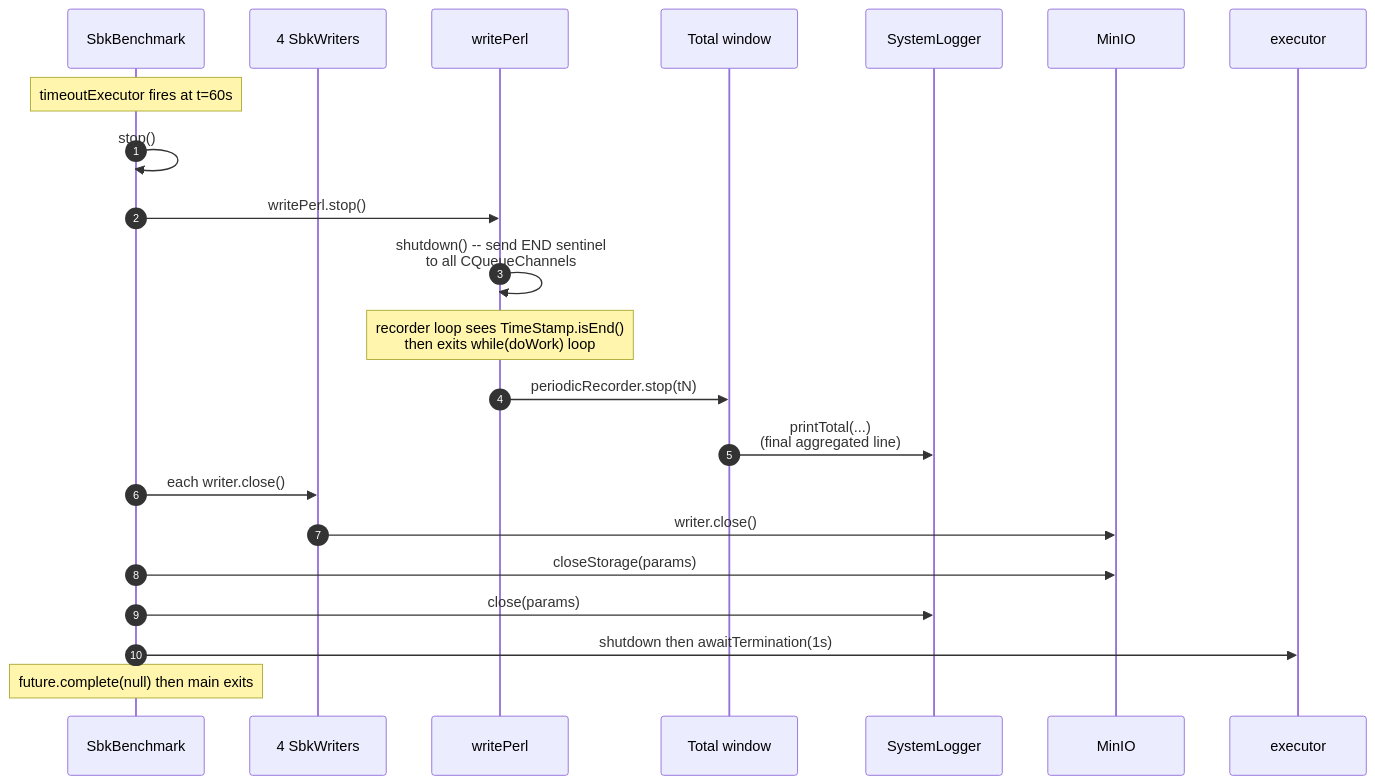
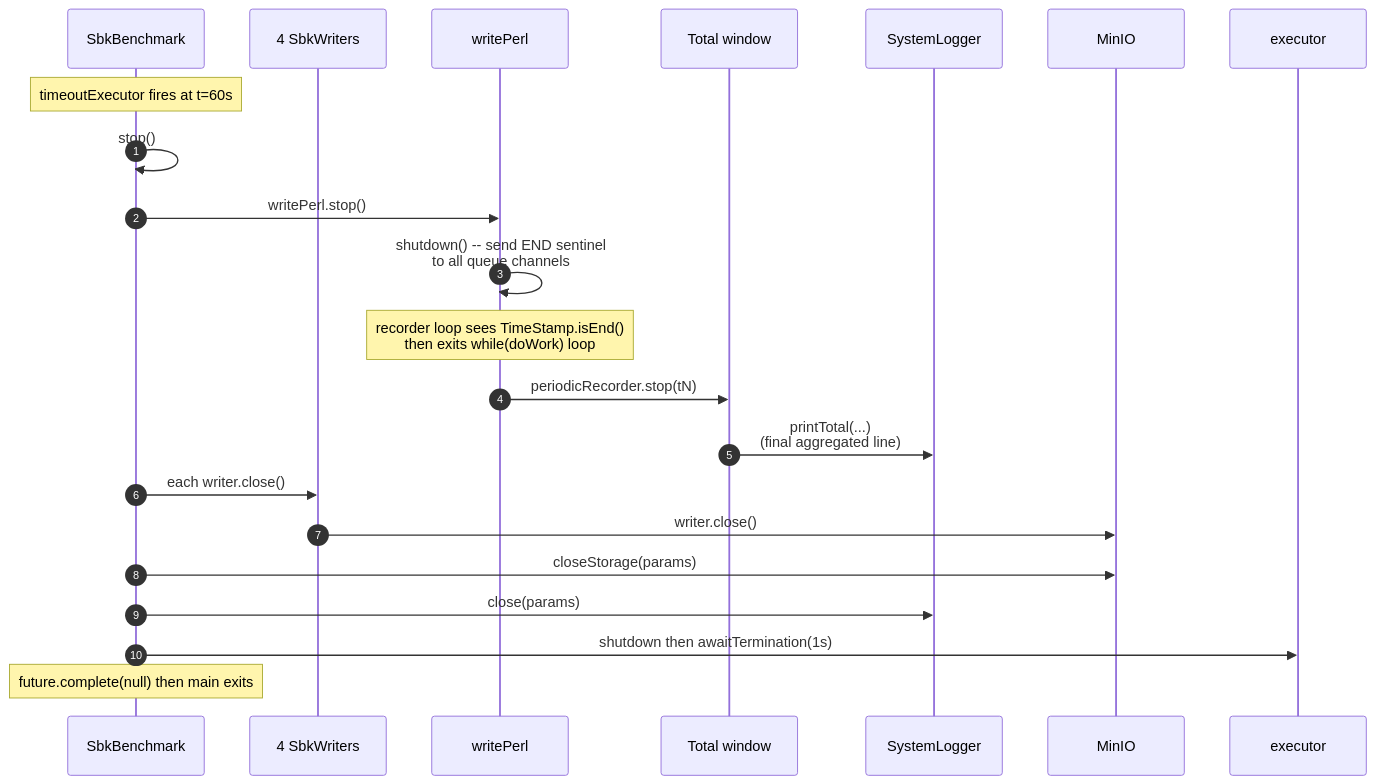
Before and after one commit to kmgowda/SBK: diagram 36 of 39 in docs/sbk-internals.md, drawn with Mermaid. The commit also changed other lines of this file and 3 other files, not shown here.

Commit message:
Separate PerL timestamp queue channels

````diff
--- a/docs/sbk-internals.md
+++ b/docs/sbk-internals.md
@@ -2462,25 +2465,25 @@
 ```mermaid
 sequenceDiagram
     autonumber
     participant Bench as SbkBenchmark
     participant Wk as 4 SbkWriters
     participant PerlW as writePerl
     participant Win as Total window
     participant Log as SystemLogger
     participant Drv as MinIO
     participant Exec as executor
 
     Note over Bench: timeoutExecutor fires at t=60s
     Bench->>Bench: stop()
     Bench->>PerlW: writePerl.stop()
-    PerlW->>PerlW: shutdown() -- send END sentinel<br/>to all CQueueChannels
+    PerlW->>PerlW: shutdown() -- send END sentinel<br/>to all queue channels
     Note over PerlW: recorder loop sees TimeStamp.isEnd()<br/>then exits while(doWork) loop
     PerlW->>Win: periodicRecorder.stop(tN)
     Win->>Log: printTotal(...)<br/>(final aggregated line)
     Bench->>Wk: each writer.close()
     Wk->>Drv: writer.close()
     Bench->>Drv: closeStorage(params)
     Bench->>Log: close(params)
     Bench->>Exec: shutdown then awaitTermination(1s)
     Note over Bench: future.complete(null) then main exits
 ```
````
